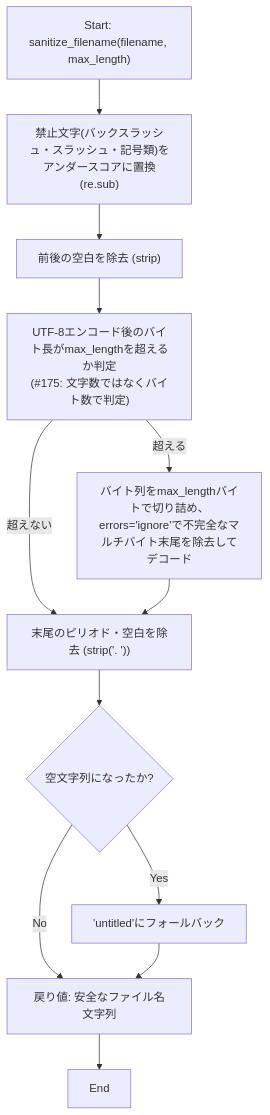
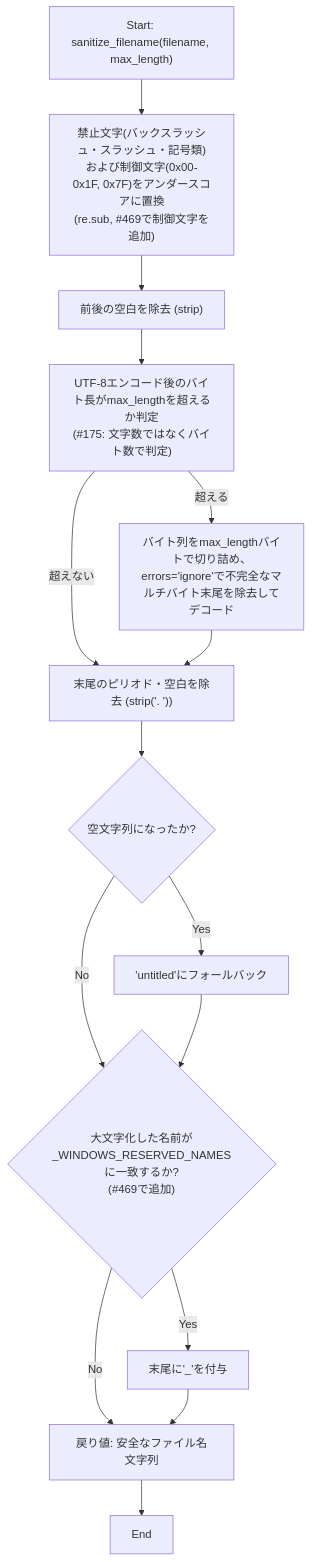
The first of 4 diagrams in docs/specifications/DDD/file_utils.md (mmtigers/my_python_project), drawn with Mermaid before and after one commit. The commit also changed other lines of this file and 87 other files, not shown here.

````diff
--- a/docs/specifications/DDD/file_utils.md
+++ b/docs/specifications/DDD/file_utils.md
@@ -111,14 +127,17 @@
 ```mermaid
 flowchart TD
-    Start["Start: sanitize_filename(filename, max_length)"] --> Replace["禁止文字(バックスラッシュ・スラッシュ・記号類)をアンダースコアに置換<br>(re.sub)"]
+    Start["Start: sanitize_filename(filename, max_length)"] --> Replace["禁止文字(バックスラッシュ・スラッシュ・記号類)<br>および制御文字(0x00-0x1F, 0x7F)をアンダースコアに置換<br>(re.sub, #469で制御文字を追加)"]
     Replace --> Strip1["前後の空白を除去 (strip)"]
     Strip1 --> Encode["UTF-8エンコード後のバイト長がmax_lengthを超えるか判定<br>(#175: 文字数ではなくバイト数で判定)"]
     Encode -- 超える --> Truncate["バイト列をmax_lengthバイトで切り詰め、<br>errors='ignore'で不完全なマルチバイト末尾を除去してデコード"]
     Encode -- 超えない --> Strip2
     Truncate --> Strip2["末尾のピリオド・空白を除去 (strip('. '))"]
     Strip2 --> EmptyCheck{"空文字列になったか?"}
     EmptyCheck -- Yes --> Untitled["'untitled'にフォールバック"]
-    EmptyCheck -- No --> Return["戻り値: 安全なファイル名文字列"]
-    Untitled --> Return
+    EmptyCheck -- No --> ReservedCheck
+    Untitled --> ReservedCheck{"大文字化した名前が<br>_WINDOWS_RESERVED_NAMESに一致するか?<br>(#469で追加)"}
+    ReservedCheck -- Yes --> AppendSuffix["末尾に'_'を付与"]
+    ReservedCheck -- No --> Return["戻り値: 安全なファイル名文字列"]
+    AppendSuffix --> Return
     Return --> End["End"]
 ```
````
